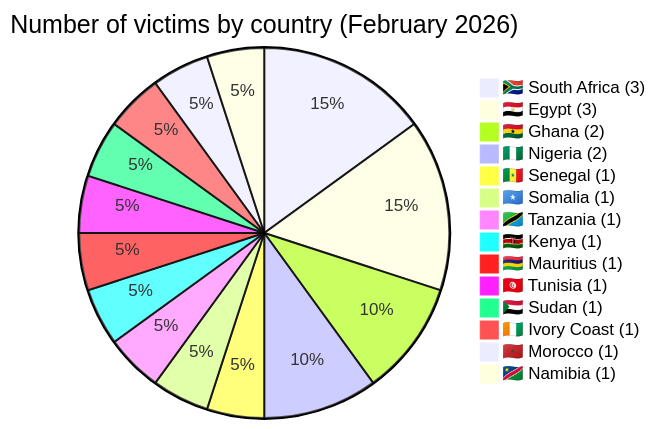
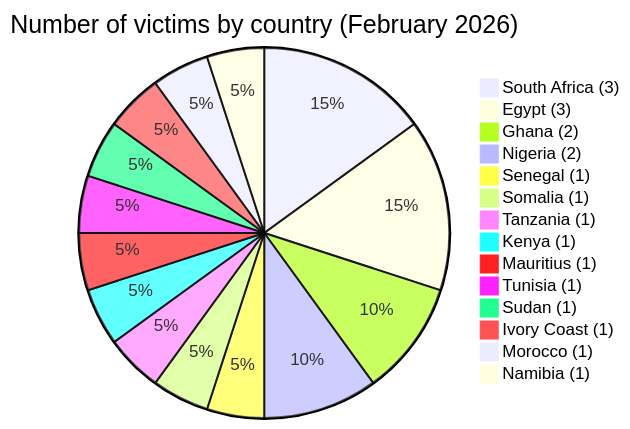
The first of 3 diagrams in CyberAttackAfrica/2026/02-february/README.md (Hatchepsoute/AFRINTEL), drawn with Mermaid before and after one commit. The commit also changed other lines of this file and 11 other files, not shown here.

First line of the commit message:
fix: remove all emojis from Mermaid labels in Jan-Jun 2026 reports

````diff
--- a/CyberAttackAfrica/2026/02-february/README.md
+++ b/CyberAttackAfrica/2026/02-february/README.md
@@ -60,18 +60,18 @@
 ```mermaid
 pie
-    title Number of victims by country (February 2026)
-    "🇿🇦 South Africa (3)" : 3
-    "🇪🇬 Egypt (3)" : 3
-    "🇬🇭 Ghana (2)" : 2
-    "🇳🇬 Nigeria (2)" : 2
-    "🇸🇳 Senegal (1)" : 1
-    "🇸🇴 Somalia (1)" : 1
-    "🇹🇿 Tanzania (1)" : 1
-    "🇰🇪 Kenya (1)" : 1
-    "🇲🇺 Mauritius (1)" : 1
-    "🇹🇳 Tunisia (1)" : 1
-    "🇸🇩 Sudan (1)" : 1
-    "🇨🇮 Ivory Coast (1)" : 1
-    "🇲🇦 Morocco (1)" : 1
-    "🇳🇦 Namibia (1)" : 1
+ title Number of victims by country (February 2026)
+ "South Africa (3)" : 3
+ "Egypt (3)" : 3
+ "Ghana (2)" : 2
+ "Nigeria (2)" : 2
+ "Senegal (1)" : 1
+ "Somalia (1)" : 1
+ "Tanzania (1)" : 1
+ "Kenya (1)" : 1
+ "Mauritius (1)" : 1
+ "Tunisia (1)" : 1
+ "Sudan (1)" : 1
+ "Ivory Coast (1)" : 1
+ "Morocco (1)" : 1
+ "Namibia (1)" : 1
 ```
````
